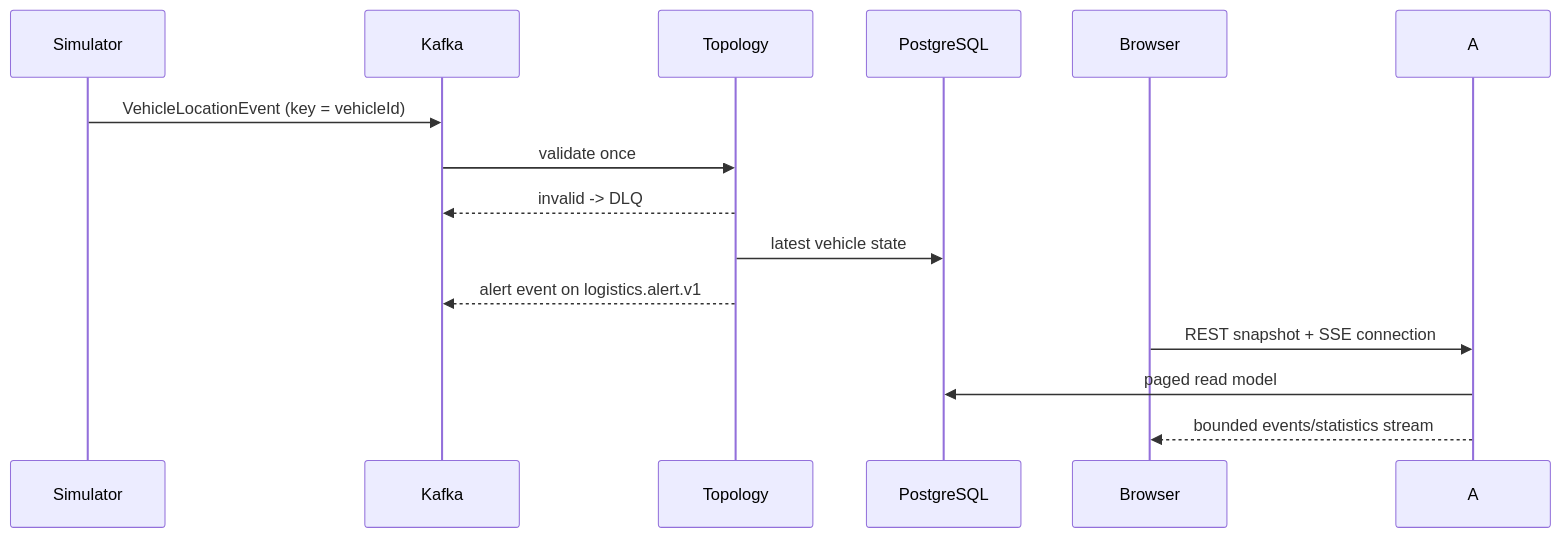
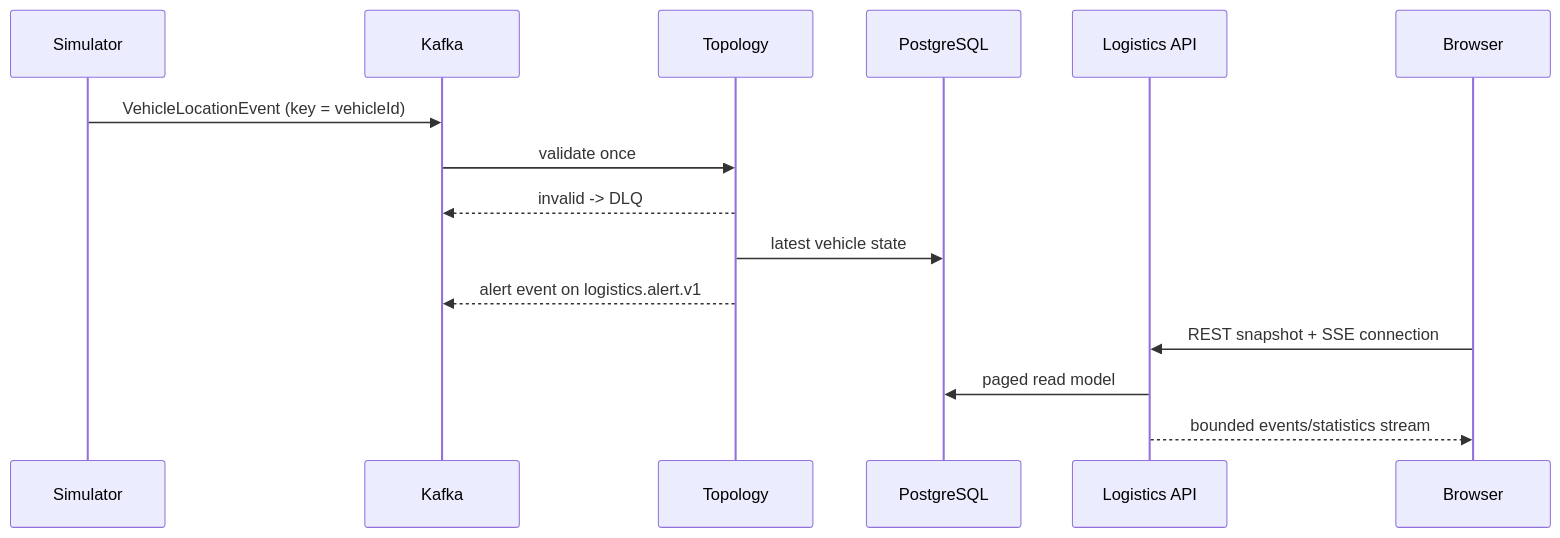
Before and after one commit to pepoychris/coobi-logistics: the second of 2 diagrams in docs/architecture.md, drawn with Mermaid. The commit also changed other lines of this file and 20 other files, not shown here.

````diff
--- a/docs/architecture.md
+++ b/docs/architecture.md
@@ -18,16 +24,17 @@
 ```mermaid
 sequenceDiagram
   participant S as Simulator
   participant K as Kafka
   participant T as Topology
   participant D as PostgreSQL
+  participant A as Logistics API
   participant B as Browser
   S->>K: VehicleLocationEvent (key = vehicleId)
   K->>T: validate once
   T-->>K: invalid -> DLQ
   T->>D: latest vehicle state
   T-->>K: alert event on logistics.alert.v1
   B->>A: REST snapshot + SSE connection
   A->>D: paged read model
   A-->>B: bounded events/statistics stream
 ```
````
